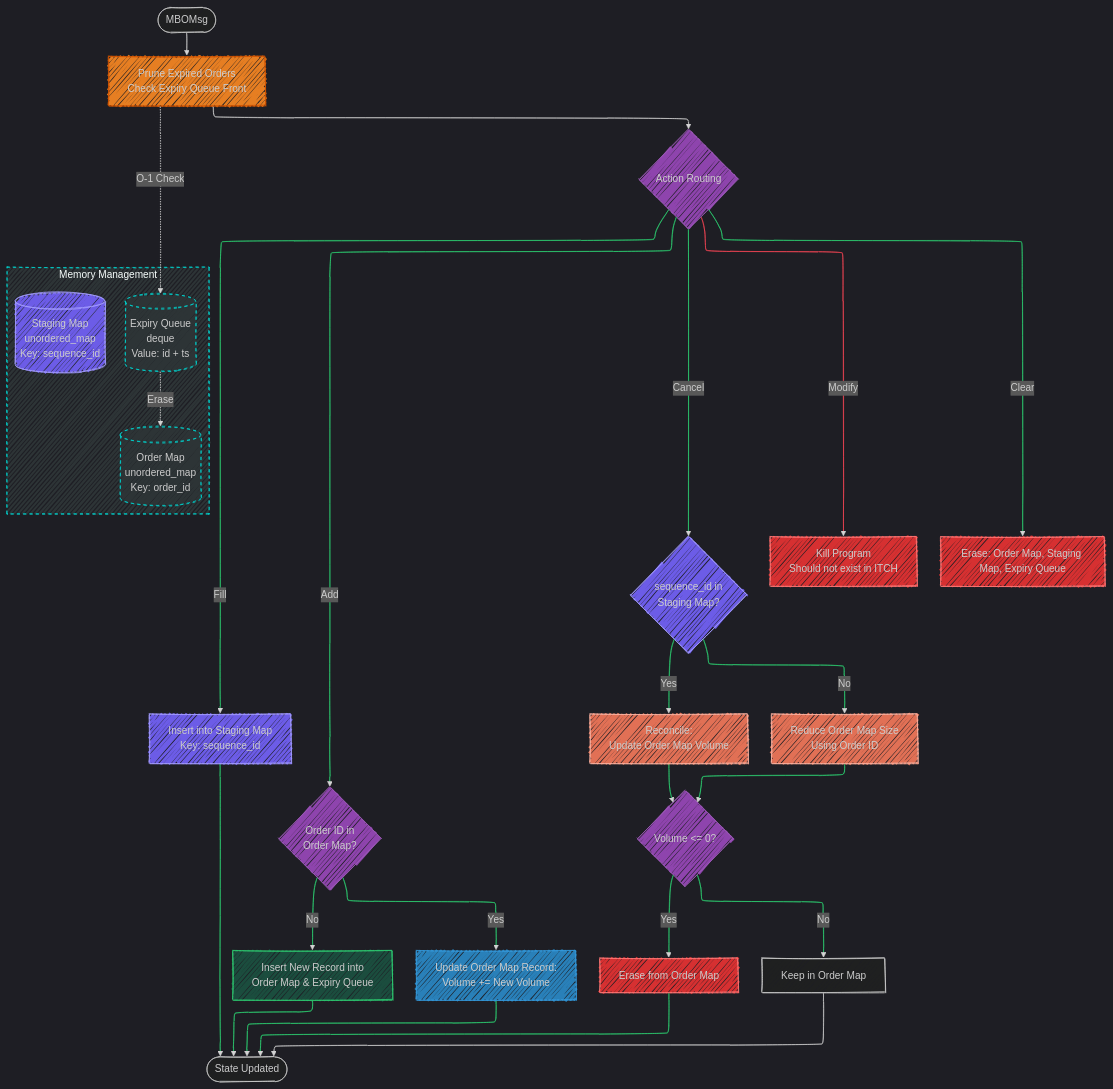
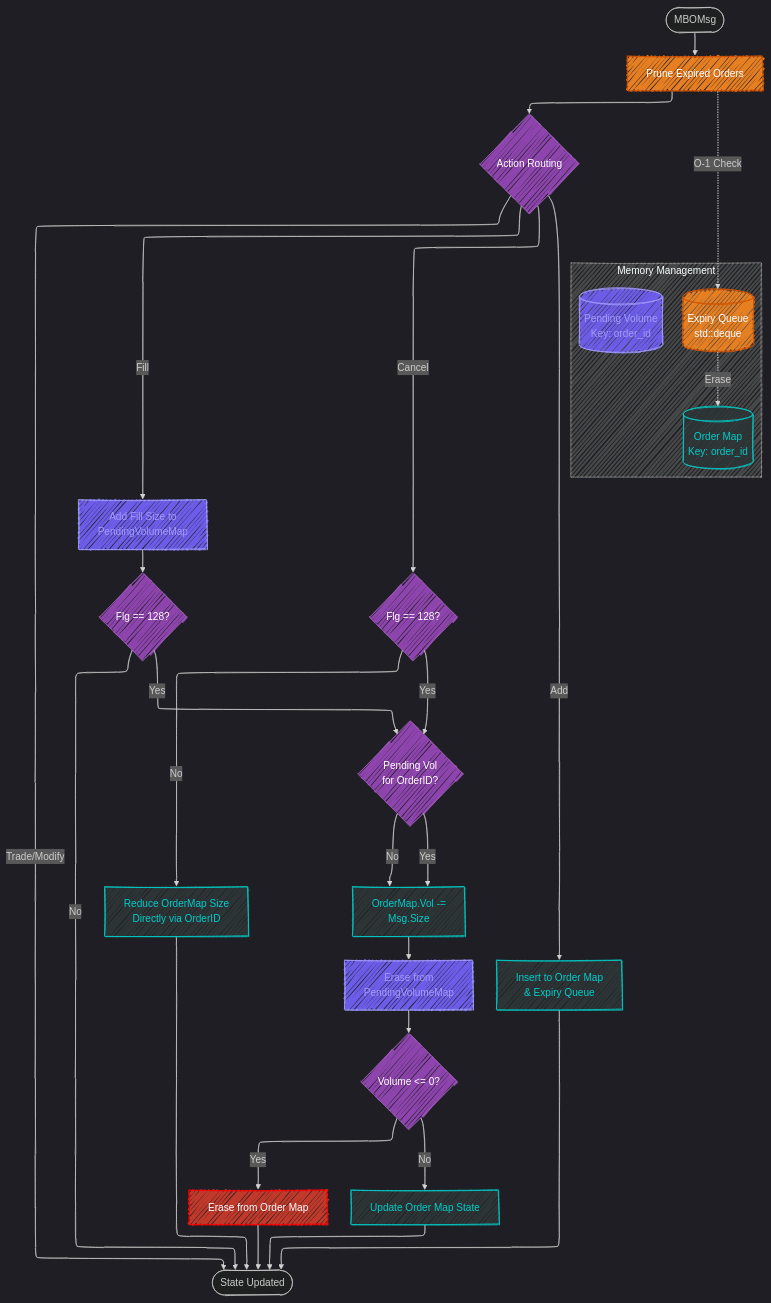
The second of 2 diagrams in docs/Order Lifespan/Tracking.md (Alexerby/thesis-code), drawn with Mermaid before and after one commit. The commit also changed 2 other files, not shown here.

Commit message:
fix: algorithm now respecting F_LAST (128) flag

````diff
--- a/docs/Order Lifespan/Tracking.md
+++ b/docs/Order Lifespan/Tracking.md
@@ -78,80 +78,66 @@
   theme: dark
 ---
 flowchart TB
-    %% START & CLEANUP
-    A([MBOMsg]) --> Prune[Prune Expired Orders<br/>Check Expiry Queue Front]
+    A([MBOMsg]) --> Prune[Prune Expired Orders]
     Prune --> Action{Action Routing}
 
     %% EXPIRE LOGIC
     Prune -.->|O-1 Check| ExpiryQueue
     ExpiryQueue -.->|Erase| OrderMap
 
-    %% ADD BRANCH
-    Action -->|Add| PersistentLookupAdd{Order ID in<br/>Order Map?}
-    
-    PersistentLookupAdd -->|No| NewOrder[Insert New Record into<br/>Order Map & Expiry Queue]
-    PersistentLookupAdd -->|Yes| IncrementVol[Update Order Map Record:<br/>Volume += New Volume]
-
     %% FILL BRANCH
-    Action -->|Fill| StageFill[Insert into Staging Map<br/>Key: sequence_id]
+    Action -->|Fill| Accumulate[Add Fill Size to<br/>PendingVolumeMap]
+    Accumulate --> IsFillLast{Flg == 128?}
+    IsFillLast -->|Yes| CheckStaged
+    IsFillLast -->|No| End([State Updated])
 
     %% CANCEL BRANCH
-    Action -->|Cancel| StagingLookup{sequence_id in<br/>Staging Map?}
+    Action -->|Cancel| IsCancelLast{Flg == 128?}
     
-    StagingLookup -->|Yes| ProcessFill[Reconcile:<br/>Update Order Map Volume]
-    StagingLookup -->|No| PureCancel[Reduce Order Map Size<br/>Using Order ID]
+    IsCancelLast -->|No| PureCancel[Reduce OrderMap Size<br/>Directly via OrderID]
+    IsCancelLast -->|Yes| CheckStaged{Pending Vol<br/>for OrderID?}
+    
+    %% RECONCILIATION
+    CheckStaged -->|Yes| Reconcile[OrderMap.Vol -=<br/>Staged + Msg.Size]
+    CheckStaged -->|No| Reconcile[OrderMap.Vol -=<br/>Msg.Size]
+    
+    Reconcile --> ClearStaged[Erase from<br/>PendingVolumeMap]
+    ClearStaged --> VolCheck
 
-    %% EAGER CLEANUP CHECK
-    ProcessFill --> VolCheck{Volume <= 0?}
-    PureCancel --> VolCheck
+    %% POST-RECONCILE & ADD
+    Action -->|Add| NewOrder[Insert to Order Map<br/>& Expiry Queue]
+    NewOrder --> End
+    
+    VolCheck{Volume <= 0?}
+    VolCheck -->|Yes| EraseOrder[Erase from Order Map]
+    VolCheck -->|No| UpdateState[Update Order Map State]
+    
+    EraseOrder --> End
+    UpdateState --> End
+    PureCancel --> End
 
-    VolCheck -->|Yes| EraseOrder[Erase from Order Map]
-    VolCheck -->|No| UpdateState[Keep in Order Map]
+    %% OTHER BRANCHES
+    Action -->|Trade/Modify| End
 
-    %% MODIFY BRANCH
-    Action -->|Modify| ModStep[Kill Program <br> Should not exist in ITCH]
-
-    %% CLEAR BRANCH
-    Action -->|Clear| ClearBook[Erase: Order Map, Staging Map, Expiry Queue]
-
-
-
-    %% DATA STORES
     subgraph Storage [Memory Management]
-        OrderMap[(Order Map<br/>unordered_map<br/>Key: order_id)]
-        StagingMap[(Staging Map<br/>unordered_map<br/>Key: sequence_id)]
-        ExpiryQueue[(Expiry Queue<br/>deque<br/>Value: id + ts)]
+        OrderMap[(Order Map<br/>Key: order_id)]
+        PendingVolumeMap[(Pending Volume<br/>Key: order_id)]
+        ExpiryQueue[(Expiry Queue<br/>std::deque)]
     end
 
-    %% FINAL STATES
-    NewOrder --> End([State Updated])
-    IncrementVol --> End
-    StageFill --> End
-    EraseOrder --> End
-    UpdateState --> End
-
     %% --- CLASS DEFINITIONS ---
-    classDef decision fill:#8e44ad,stroke:#9b59b6
-    classDef destructive fill:#d63031,stroke:#ff7675
-    classDef success fill:#1b4d3e,stroke:#2ecc71
-    classDef staging fill:#6c5ce7,stroke:#a29bfe
-    classDef alert fill:#c0392b,stroke:#ff0000,color:#fff,stroke-width:4px
-    classDef storage fill:#2d3436,stroke:#00cec9,stroke-dasharray: 5 5
+    classDef decision fill:#8e44ad,stroke:#9b59b6,color:#fff
+    classDef storage fill:#2d3436,stroke:#00cec9,color:#00cec9
+    classDef staging fill:#6c5ce7,stroke:#a29bfe,color:#a29bfe
+    classDef expiry fill:#e67e22,stroke:#d35400,color:#fff
+    classDef destructive fill:#c0392b,stroke:#ff0000,color:#fff
 
     %% --- APPLYING CLASSES ---
-    class PersistentLookupAdd,StagingLookup,VolCheck,Action decision
-    class EraseOrder,ModStep,ClearBook destructive
-    class NewOrder success
-    class StageFill,StagingLookup,StagingMap staging
-    class Storage,OrderMap,ExpiryQueue storage
+    class Action,IsFillLast,IsCancelLast,CheckStaged,VolCheck decision
     
-    %% Specific overrides
-    style Prune fill:#e67e22,stroke:#d35400
-    style IncrementVol fill:#2980b9,stroke:#3498db
-    style PureCancel fill:#e17055,stroke:#fab1a0
-    style ProcessFill fill:#e17055,stroke:#fab1a0
-
-    %% Link Styling
-    linkStyle 15 stroke:#ff4757,color:#ff4757
-    linkStyle 4,5,6,7,8,9,10,11,12,13,14,16,17,18,19,20 stroke:#2ed573,color:#2ed573
+    %% Storage & Linked Logic
+    class OrderMap,NewOrder,EraseOrder,UpdateState,Reconcile,PureCancel storage
+    class PendingVolumeMap,Accumulate,ClearStaged staging
+    class ExpiryQueue,Prune expiry
+    class EraseOrder destructive
 ```
````
